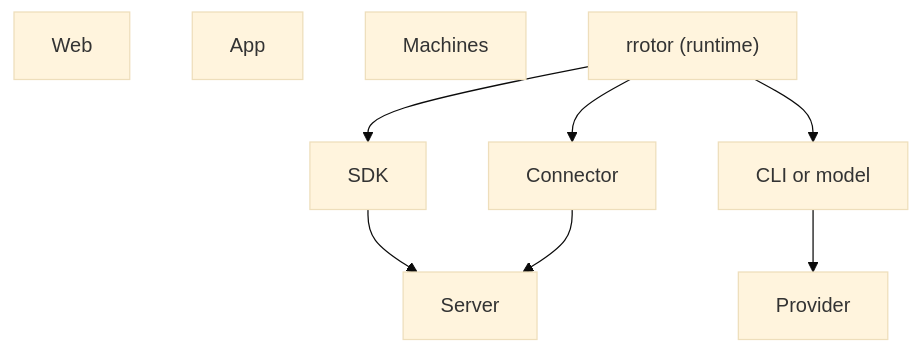
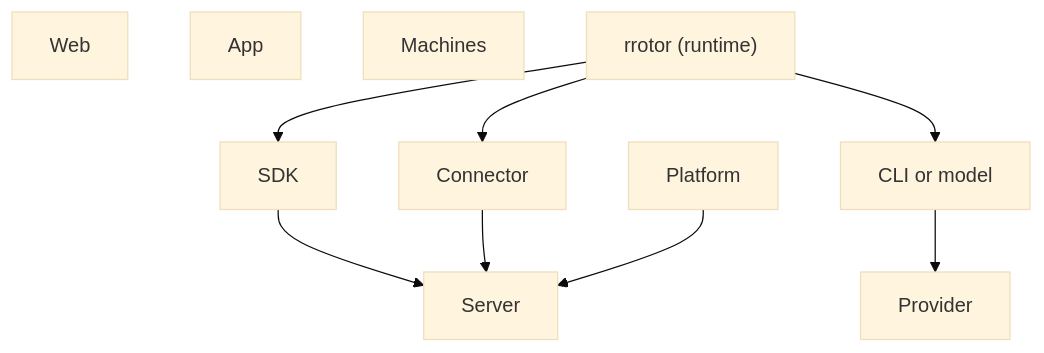
One commit to glyphh-ai/server changed the diagram in docs/architecture.md. Above: the diagram before and after it, drawn with Mermaid (base theme). The commit also changed other lines of this file, not shown here.

Commit message:
Architecture: a small platform, for keys and the steps that need a browser

````diff
--- a/docs/architecture.md
+++ b/docs/architecture.md
@@ -3,9 +3,10 @@
 ```mermaid
 flowchart TB
     Web
     App
     Machines
     Runtime["rrotor (runtime)"] --> SDK --> Server
     Runtime --> Loop["CLI or model"] --> Provider
     Runtime --> Connector --> Server
+    Platform --> Server
 ```
````
